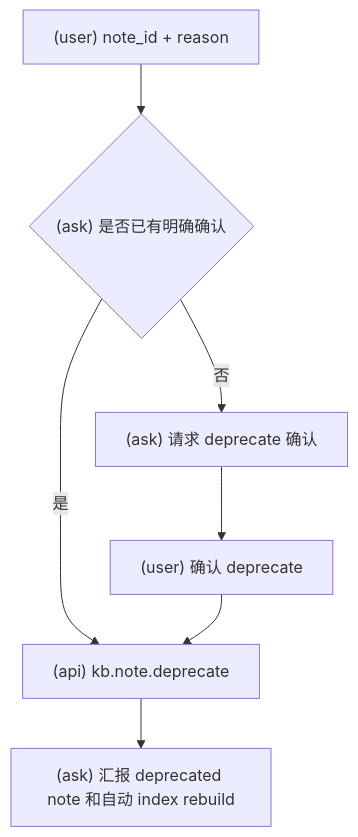
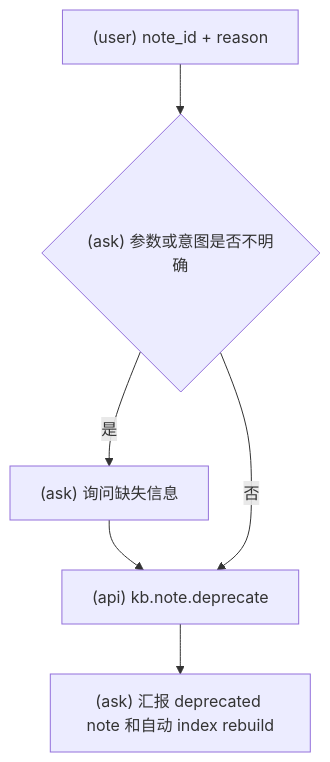
One commit to srangerme/KBManager changed the fourth of 4 diagrams in skills/kbm-note/SKILL.md. Above: the diagram before and after it, drawn with Mermaid. The commit also changed other lines of this file and 48 other files, not shown here.

````diff
--- a/skills/kbm-note/SKILL.md
+++ b/skills/kbm-note/SKILL.md
@@ -91,9 +91,8 @@
 ```mermaid
 flowchart TD
-  A["(user) note_id + reason"] --> B{"(ask) 是否已有明确确认"}
-  B -- 否 --> C["(ask) 请求 deprecate 确认"]
-  C --> D["(user) 确认 deprecate"]
-  B -- 是 --> E["(api) kb.note.deprecate"]
-  D --> E
+  A["(user) note_id + reason"] --> B{"(ask) 参数或意图是否不明确"}
+  B -- 是 --> C["(ask) 询问缺失信息"]
+  C --> E["(api) kb.note.deprecate"]
+  B -- 否 --> E["(api) kb.note.deprecate"]
   E --> F["(ask) 汇报 deprecated note 和自动 index rebuild"]
 ```
````
